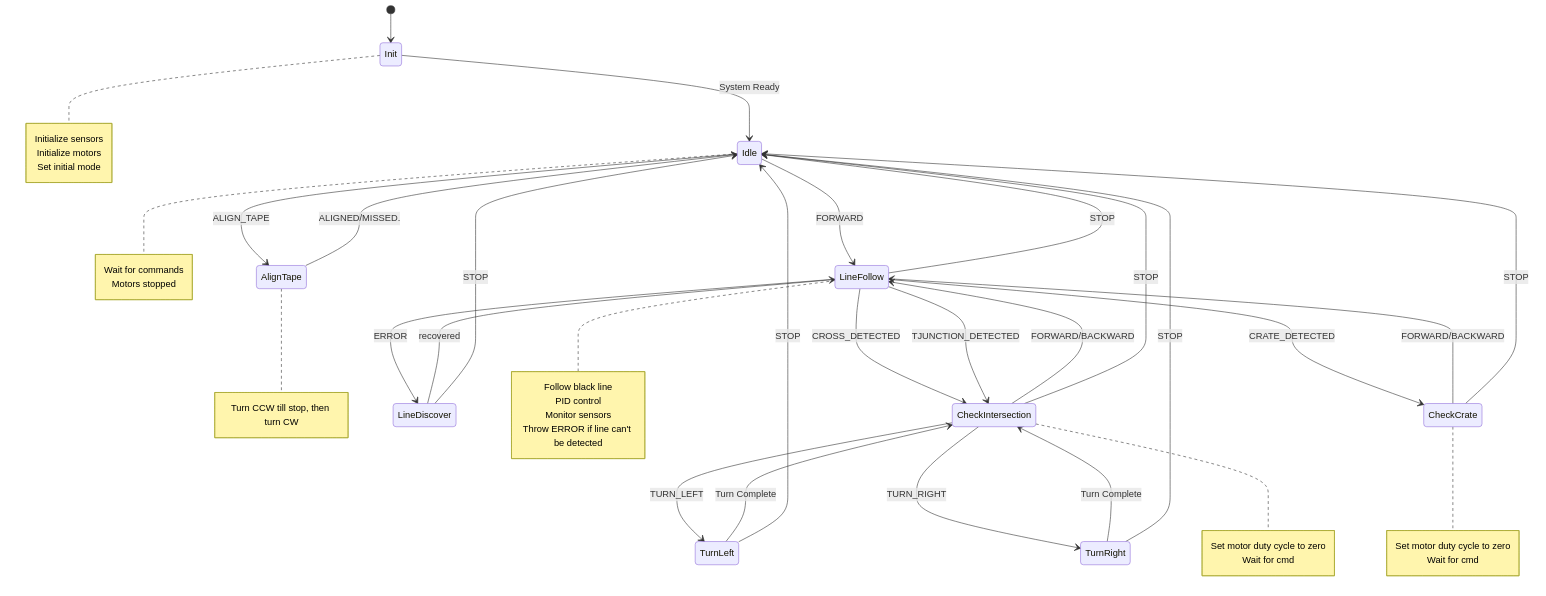
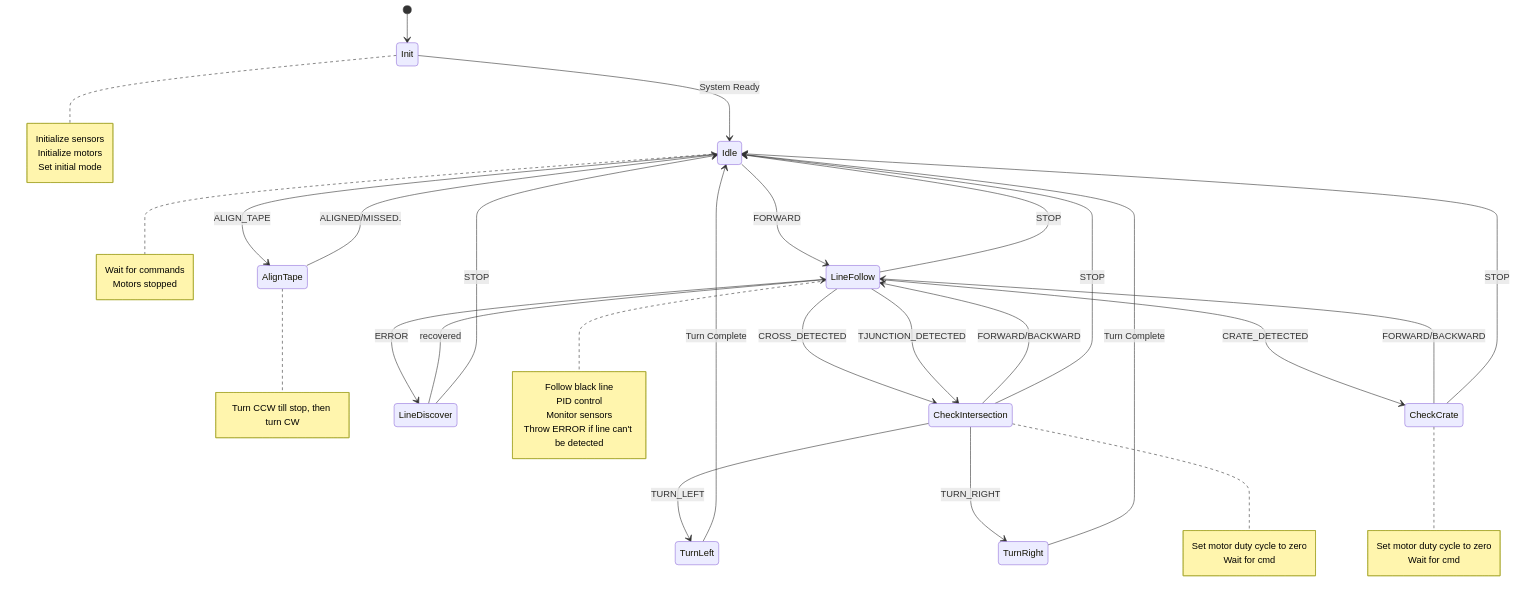
The diagram in FSM/navigator.md (yuanzhedong/ME218-final), drawn with Mermaid before and after one commit. The commit also changed 5 other files, not shown here.

````diff
--- a/FSM/navigator.md
+++ b/FSM/navigator.md
@@ -1,63 +1,60 @@
 ```mermaid
 stateDiagram-v2
     [*] --> Init
     
     Init --> Idle: System Ready
     note right of Init
         Initialize sensors
         Initialize motors
         Set initial mode
     end note
 
     Idle --> LineFollow: FORWARD
     Idle --> AlignTape: ALIGN_TAPE
     note right of Idle
         Wait for commands
         Motors stopped
     end note
 
     AlignTape --> Idle: ALIGNED/MISSED.
     note right of AlignTape
         Turn CCW till stop, then turn CW
     end note
     
     LineFollow --> CheckCrate: CRATE_DETECTED
     LineFollow --> CheckIntersection: CROSS_DETECTED
     LineFollow --> Idle: STOP
     LineFollow --> LineDiscover: ERROR
     LineFollow --> CheckIntersection: TJUNCTION_DETECTED
     note right of LineFollow
         Follow black line
         PID control
         Monitor sensors
         Throw ERROR if line can't be detected
     end note
 
     CheckIntersection --> TurnLeft: TURN_LEFT
     CheckIntersection --> TurnRight: TURN_RIGHT
     CheckIntersection --> LineFollow: FORWARD/BACKWARD
     CheckIntersection --> Idle: STOP
     note right of CheckIntersection
         Set motor duty cycle to zero
         Wait for cmd
     end note
 
-    TurnLeft --> CheckIntersection: Turn Complete
-    TurnRight --> CheckIntersection: Turn Complete
-
-    TurnLeft --> Idle: STOP
-    TurnRight --> Idle: STOP
+    TurnLeft --> Idle: Turn Complete
+    TurnRight --> Idle: Turn Complete
 
     LineDiscover --> LineFollow: recovered
     LineDiscover --> Idle: STOP
 
     CheckCrate --> LineFollow: FORWARD/BACKWARD
     CheckCrate --> Idle: STOP
     note right of CheckCrate
         Set motor duty cycle to zero
         Wait for cmd
     end note
 
     
 
 ```
````
